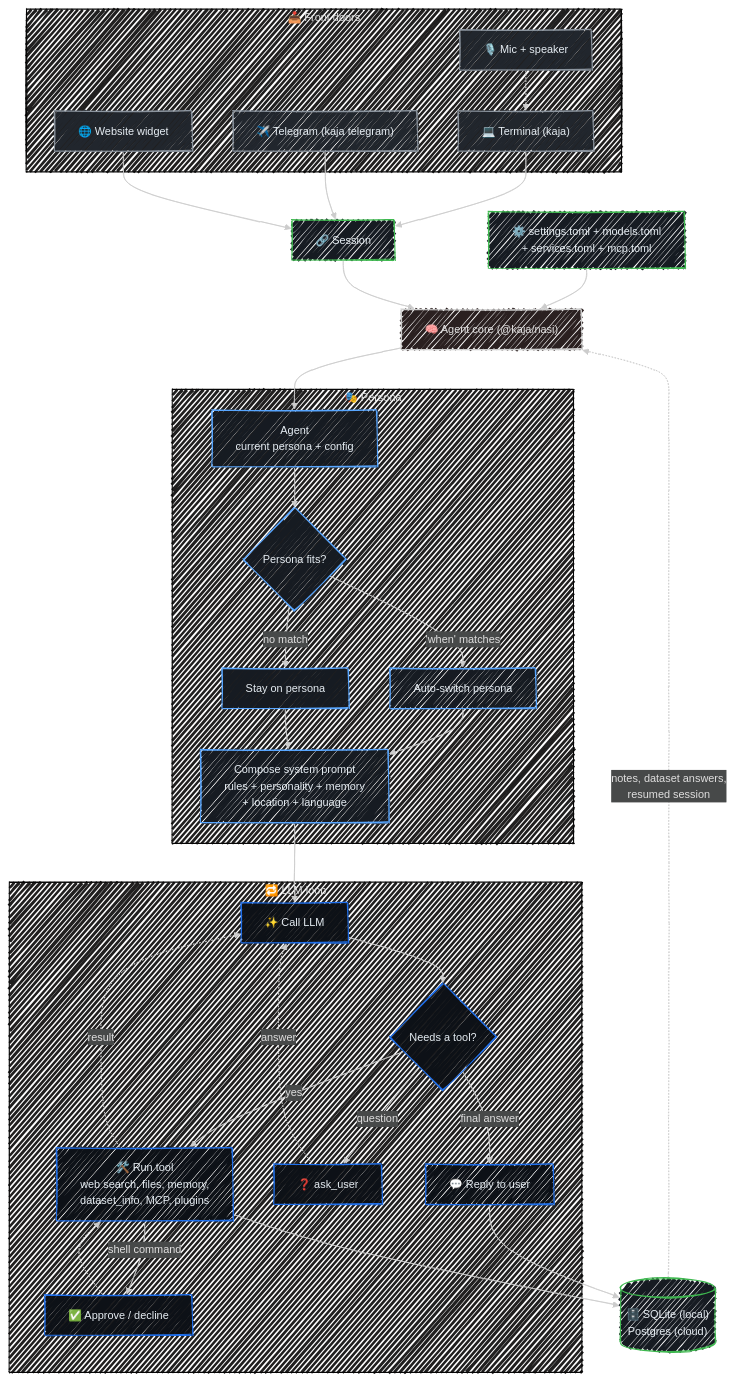
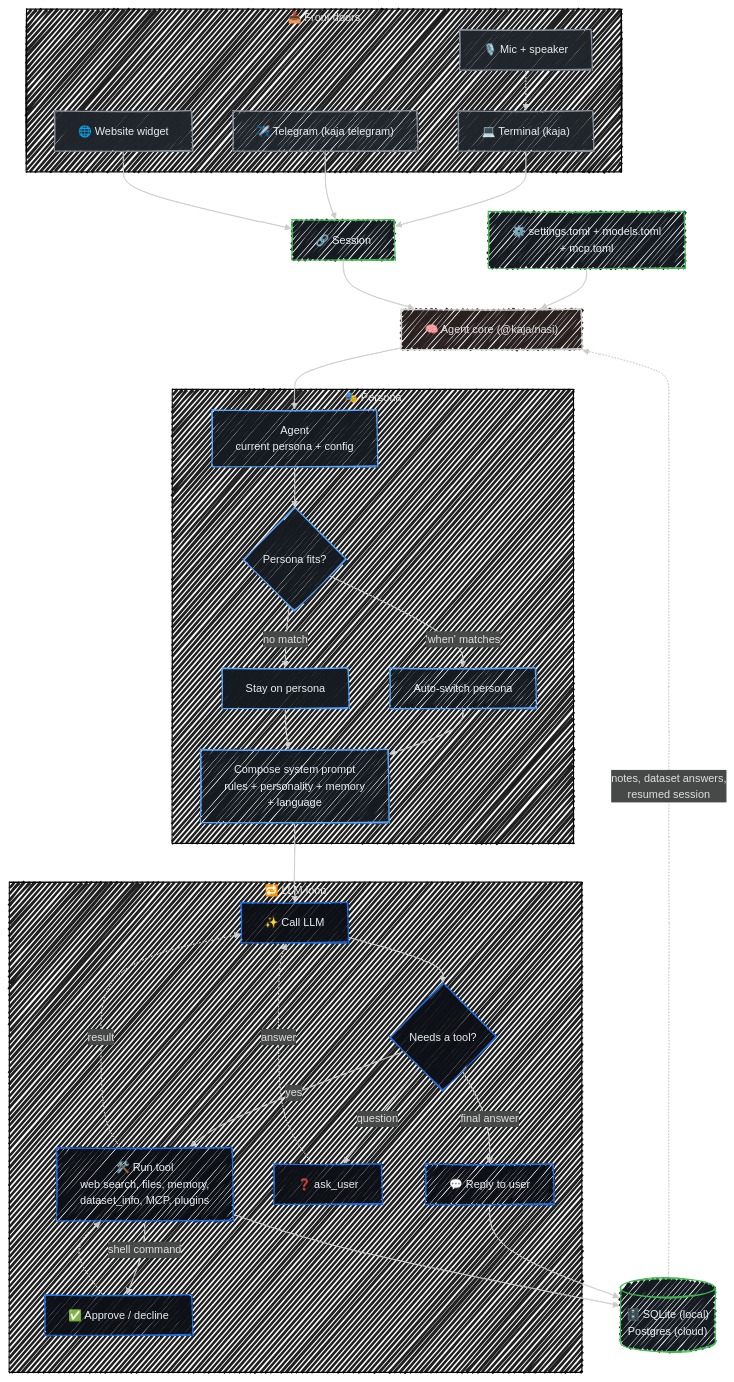
Before and after one commit to SubZtep/kaja: the diagram in docs/flow.md, drawn with Mermaid. The commit also changed 100 other files, not shown here.

````diff
--- a/docs/flow.md
+++ b/docs/flow.md
@@ -12,58 +12,58 @@
 ```mermaid
 ---
 config:
   look: handDrawn
   theme: neo-dark
 ---
 flowchart TD
     subgraph Inputs["📥 Front doors"]
         Term["💻 Terminal (kaja)"]
         Tele["✈️ Telegram (kaja telegram)"]
         Widg["🌐 Website widget"]
         Voice["🎙️ Mic + speaker"]
     end
     Voice -.-> Term
     Term --> Session
     Tele --> Session
     Widg --> Session
-    Config["⚙️ settings.toml + models.toml\n+ services.toml + mcp.toml"] --> Core
+    Config["⚙️ settings.toml + models.toml\n+ mcp.toml"] --> Core
 
     Session["🔗 Session"] --> Core
     Core["🧠 Agent core (@kaja/nasi)"] --> Agent
 
     subgraph Persona["🎭 Persona"]
         Agent["Agent\ncurrent persona + config"] --> Route{"Persona fits?"}
         Route -->|"'when' matches"| Switch["Auto-switch persona"]
         Route -->|"no match"| Stay["Stay on persona"]
         Switch --> Prompt
         Stay --> Prompt
-        Prompt["Compose system prompt\nrules + personality + memory\n+ location + language"]
+        Prompt["Compose system prompt\nrules + personality + memory\n+ language"]
     end
 
     Prompt --> CallLLM
 
     subgraph LLMLoop["🔁 LLM loop"]
         CallLLM["✨ Call LLM"] --> Decide{"Needs a tool?"}
         Decide -->|yes| RunTool["🛠️ Run tool\nweb search, files, memory,\ndataset_info, MCP, plugins"]
         RunTool -->|"shell command"| Confirm["✅ Approve / decline"]
         Confirm -.-> RunTool
         RunTool -.->|"result"| CallLLM
         Decide -->|"question"| Ask["❓ ask_user"]
         Ask -.->|"answer"| CallLLM
         Decide -->|"final answer"| Reply["💬 Reply to user"]
     end
 
     Reply --> DB
     RunTool --> DB
     DB[("🗄️ SQLite (local)\nPostgres (cloud)")]
     DB -.->|"notes, dataset answers,\nresumed session"| Core
 
     classDef inputs fill:#21262d,stroke:#8b949e,color:#e6edf3
     classDef persona fill:#161b22,stroke:#58a6ff,color:#e6edf3
     classDef loop fill:#0d1117,stroke:#1f6feb,color:#e6edf3
     classDef store fill:#161b22,stroke:#3fb950,color:#e6edf3
     class Term,Tele,Widg,Voice inputs
     class Agent,Route,Switch,Stay,Prompt persona
     class CallLLM,Decide,RunTool,Confirm,Ask,Reply loop
     class DB,Config,Session store
 ```
````
